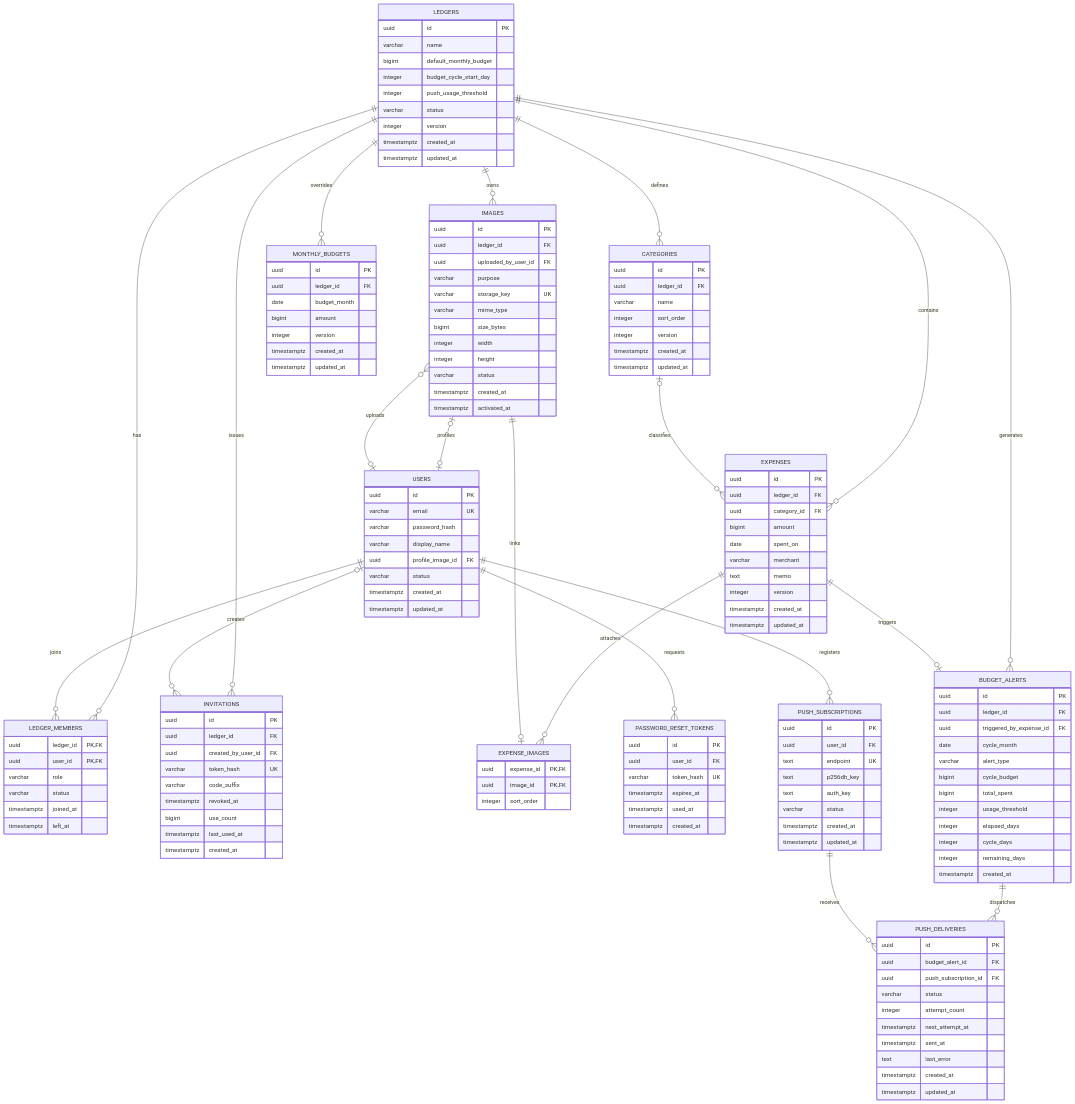
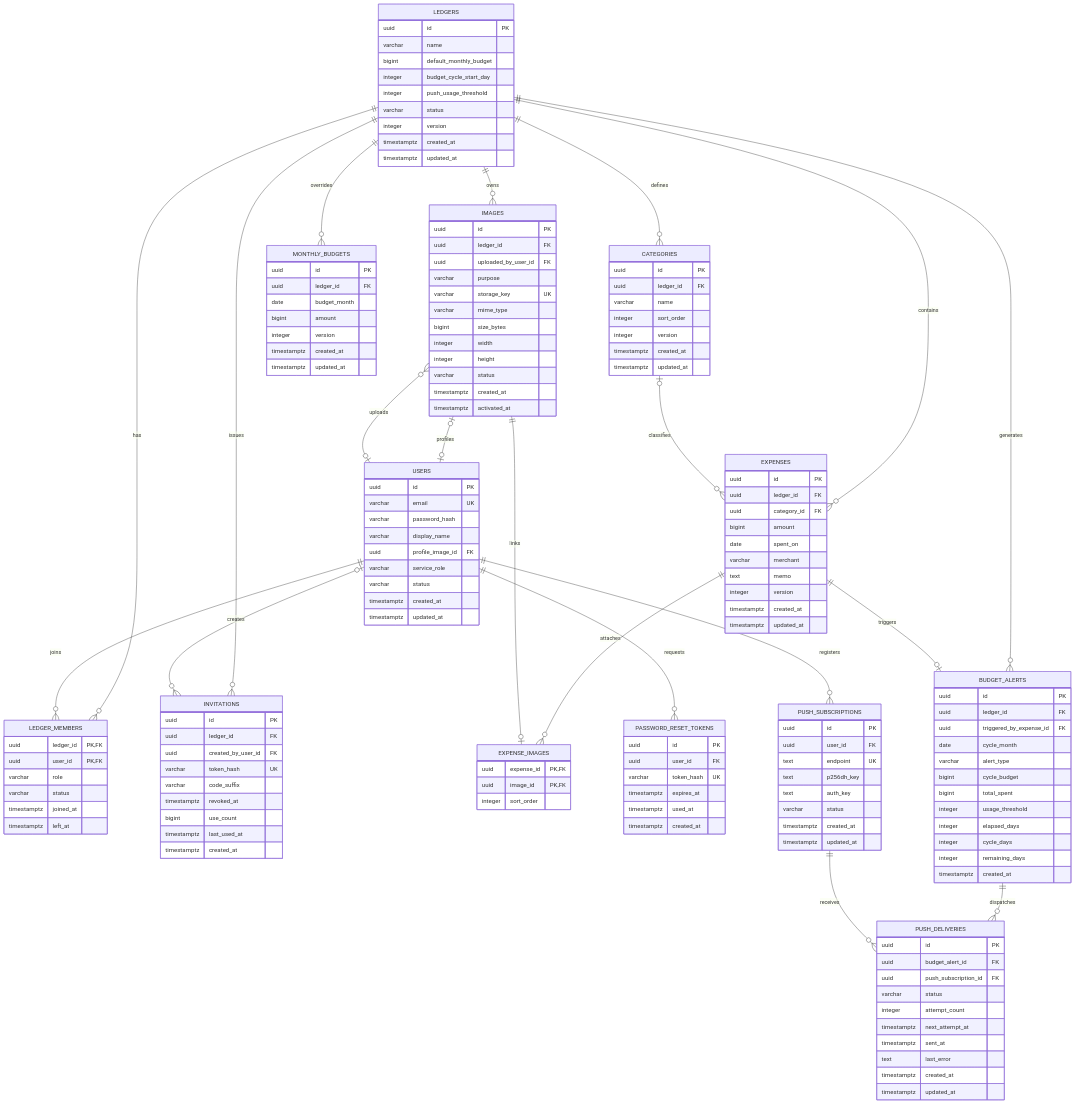
Before and after one commit to powerfulHimchan/MealBudgetDiet: the diagram in docs/erd.md, drawn with Mermaid. The commit also changed other lines of this file and 23 other files, not shown here.

```diff
--- a/docs/erd.md
+++ b/docs/erd.md
@@ -46,6 +46,7 @@
         varchar password_hash
         varchar display_name
         uuid profile_image_id FK
+        varchar service_role
         varchar status
         timestamptz created_at
         timestamptz updated_at
```
